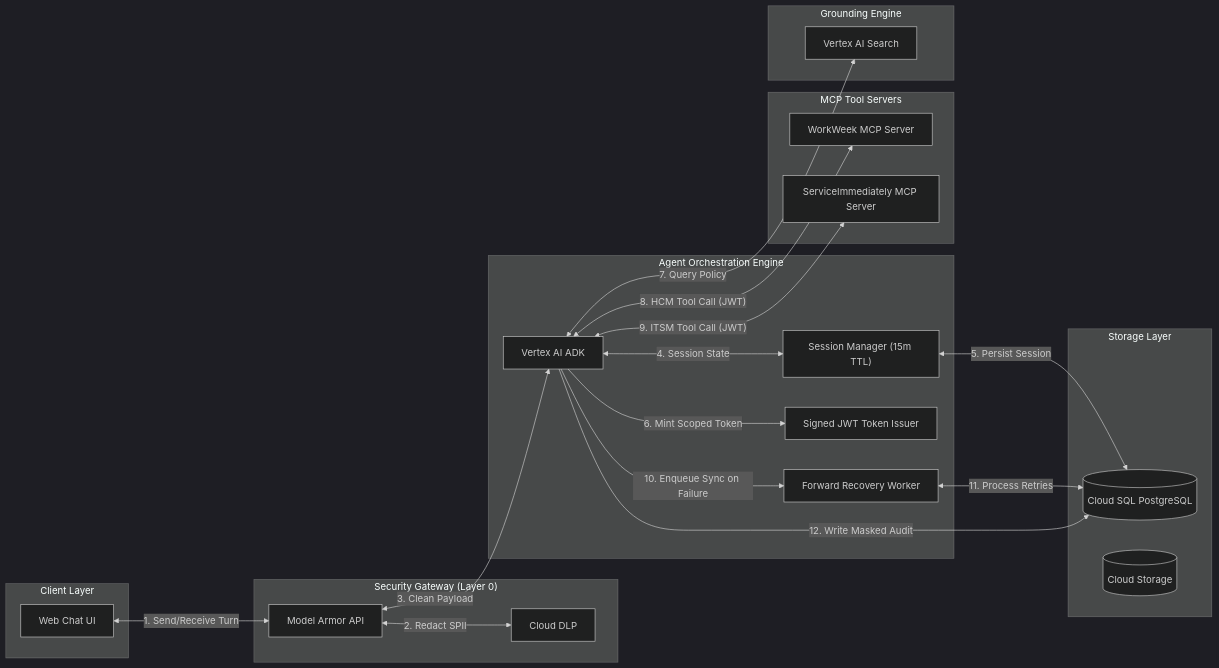
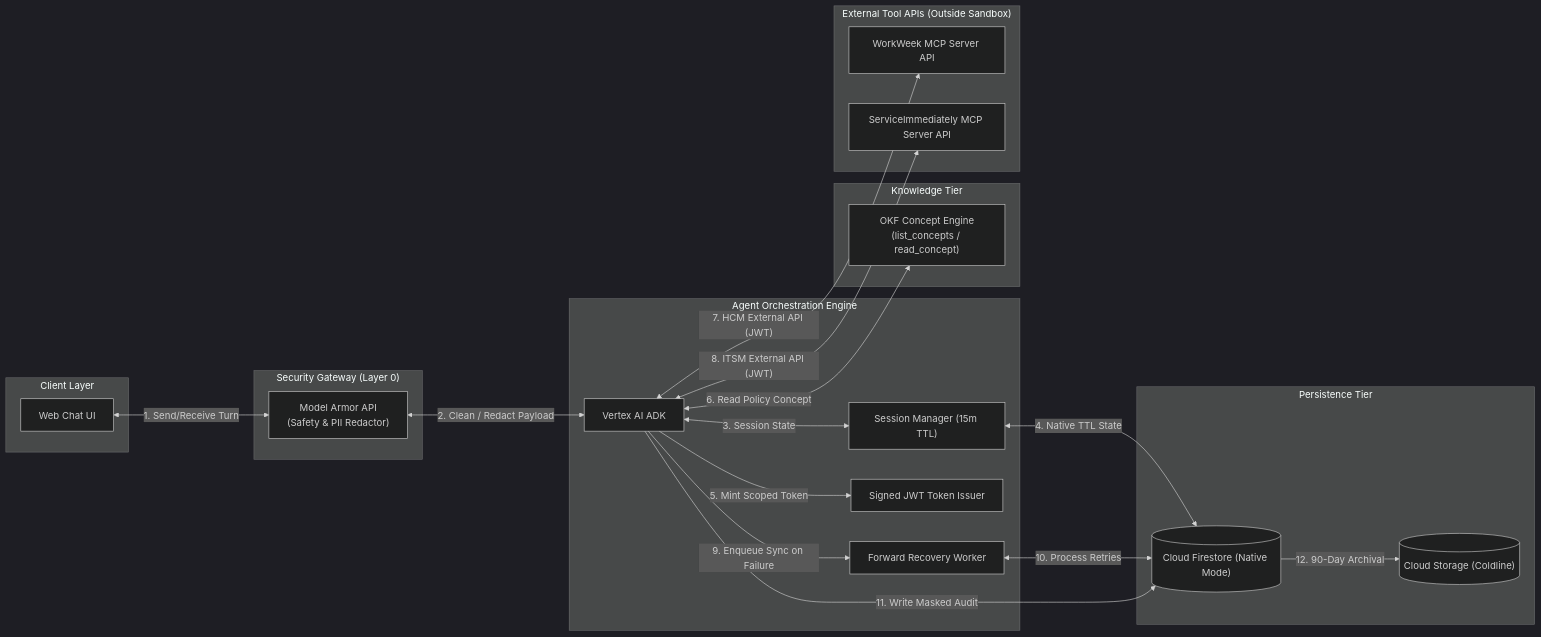
The third of 13 diagrams in technical_design/system_architecture_diagrams.md (hhosur81-gcloud/so-elevated), drawn with Mermaid (dark theme) before and after one commit. The commit also changed other lines of this file and 4 other files, not shown here.

Commit message:
refactor(technical_design): align TDD with external MCP APIs, OKF retrieval, Model Armor PII, and Firestore persistence

````diff
--- a/technical_design/system_architecture_diagrams.md
+++ b/technical_design/system_architecture_diagrams.md
@@ -131,45 +133,44 @@
 ```mermaid
 flowchart LR
     subgraph ClientLayer["Client Layer"]
         UI["Web Chat UI"]
     end
 
     subgraph SecurityGateway["Security Gateway (Layer 0)"]
-        MA["Model Armor API"]
-        DLP["Cloud DLP"]
+        MA["Model Armor API<br>(Safety & PII Redactor)"]
     end
 
     subgraph CoreEngine["Agent Orchestration Engine"]
         ADK["Vertex AI ADK"]
         SessionMgr["Session Manager (15m TTL)"]
         JWTGen["Signed JWT Token Issuer"]
         FwdRec["Forward Recovery Worker"]
     end
 
-    subgraph ToolServers["MCP Tool Servers"]
-        WWMCP["WorkWeek MCP Server"]
-        SIMCP["ServiceImmediately MCP Server"]
+    subgraph KnowledgeTier["Knowledge Tier"]
+        OKFTools["OKF Concept Engine<br>(list_concepts / read_concept)"]
     end
 
-    subgraph GroundingEngine["Grounding Engine"]
-        VES["Vertex AI Search"]
+    subgraph ExternalToolAPIs["External Tool APIs (Outside Sandbox)"]
+        WWMCP["WorkWeek MCP Server API"]
+        SIMCP["ServiceImmediately MCP Server API"]
     end
 
-    subgraph StorageLayer["Storage Layer"]
-        DB[("Cloud SQL PostgreSQL")]
-        GCS[("Cloud Storage")]
+    subgraph StorageLayer["Persistence Tier"]
+        Firestore[("Cloud Firestore (Native Mode)")]
+        GCS[("Cloud Storage (Coldline)")]
     end
 
     UI <-->|"1. Send/Receive Turn"| MA
-    MA <-->|"2. Redact SPII"| DLP
-    MA <-->|"3. Clean Payload"| ADK
-    ADK <-->|"4. Session State"| SessionMgr
-    SessionMgr <-->|"5. Persist Session"| DB
-    ADK -->|"6. Mint Scoped Token"| JWTGen
-    ADK <-->|"7. Query Policy"| VES
-    ADK <-->|"8. HCM Tool Call (JWT)"| WWMCP
-    ADK <-->|"9. ITSM Tool Call (JWT)"| SIMCP
-    ADK -->|"10. Enqueue Sync on Failure"| FwdRec
-    FwdRec <-->|"11. Process Retries"| DB
-    ADK -->|"12. Write Masked Audit"| DB
+    MA <-->|"2. Clean / Redact Payload"| ADK
+    ADK <-->|"3. Session State"| SessionMgr
+    SessionMgr <-->|"4. Native TTL State"| Firestore
+    ADK -->|"5. Mint Scoped Token"| JWTGen
+    ADK <-->|"6. Read Policy Concept"| OKFTools
+    ADK <-->|"7. HCM External API (JWT)"| WWMCP
+    ADK <-->|"8. ITSM External API (JWT)"| SIMCP
+    ADK -->|"9. Enqueue Sync on Failure"| FwdRec
+    FwdRec <-->|"10. Process Retries"| Firestore
+    ADK -->|"11. Write Masked Audit"| Firestore
+    Firestore -->|"12. 90-Day Archival"| GCS
 ```
````
